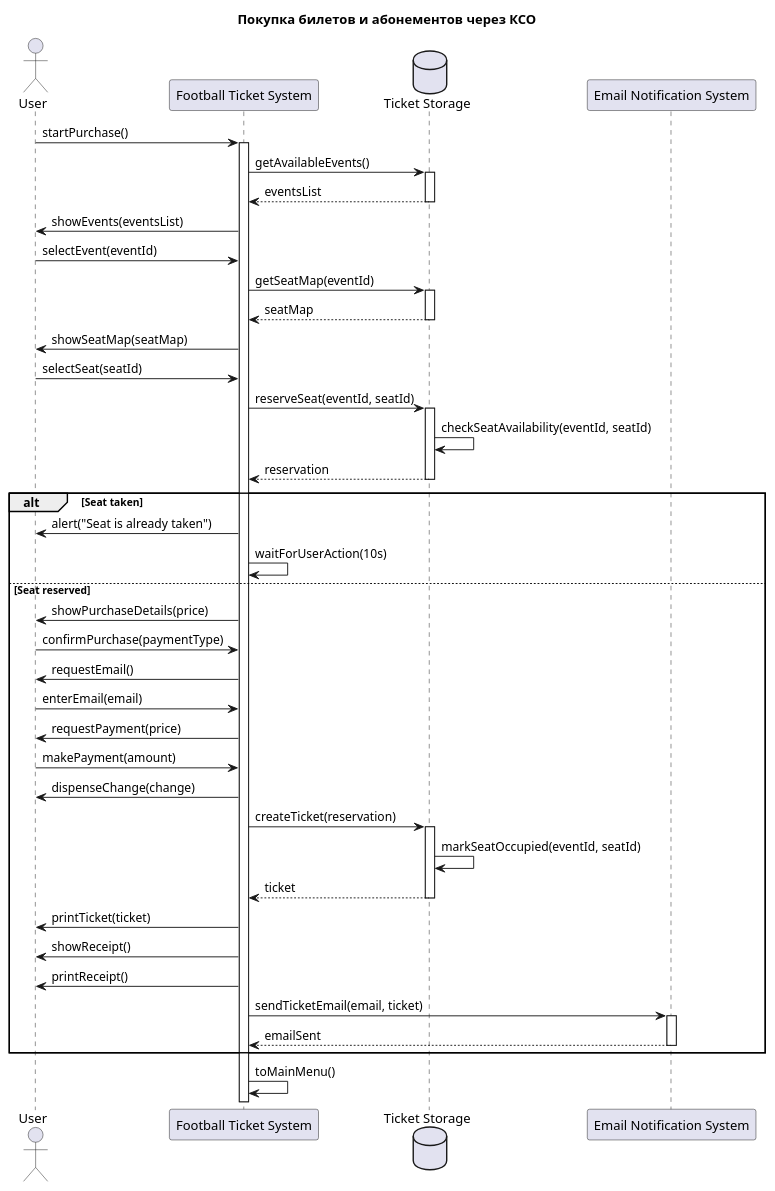
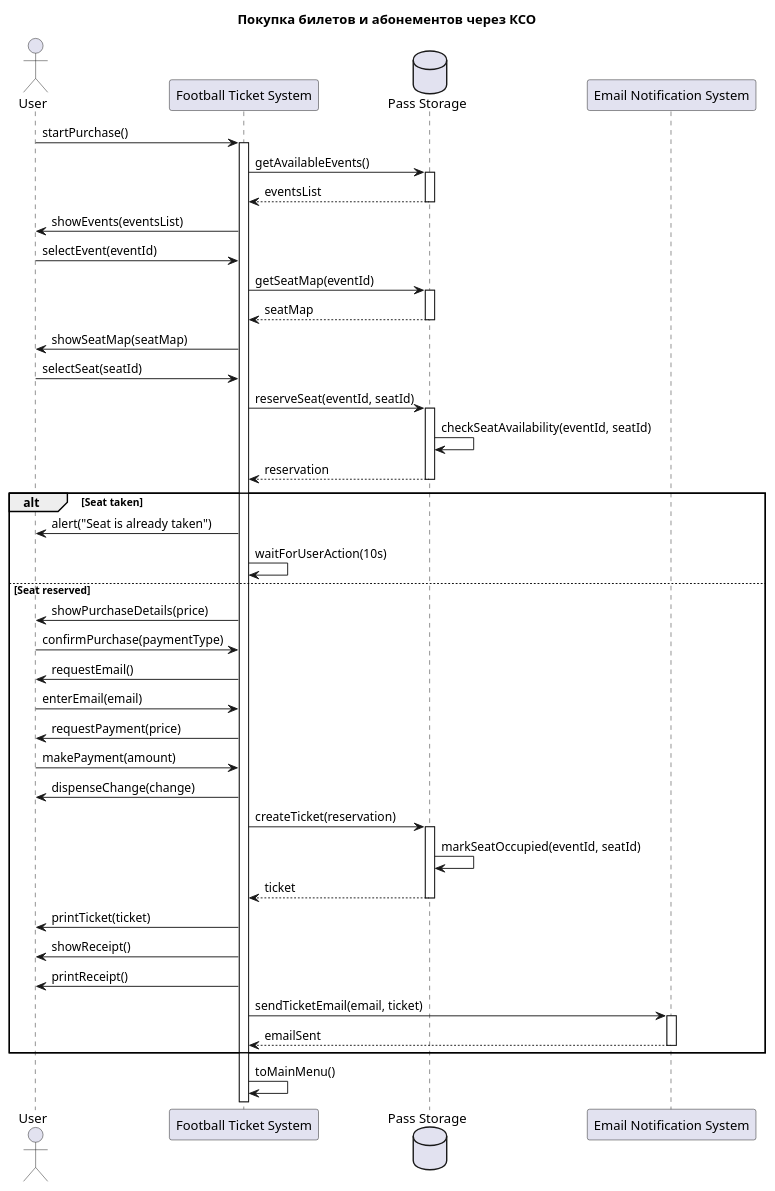
Before and after one commit to penamarth/bsbo-11-24_team5_var10_football: the diagram in Преценденты/Покупка билетов и абонементов/Диаграмма последовательности.md, drawn with PlantUML. The commit also changed other lines of this file and 14 other files, not shown here.

Commit message:
Дочистил чужие прецеденты под конвенцию FTS / Pass Storage: упоминания БД, Ticket Storage, контроллера и класса интерфейса заменены на FTS и хранилище пропусков

````diff
--- a/Преценденты/Покупка билетов и абонементов/Диаграмма последовательности.md
+++ b/Преценденты/Покупка билетов и абонементов/Диаграмма последовательности.md
@@ -3,63 +2,63 @@
 ```plantuml
 @startuml
 title Покупка билетов и абонементов через КСО
 
 actor "User" as User
 participant "Football Ticket System" as FTS
-database "Ticket Storage" as TicketStorage
+database "Pass Storage" as PassStorage
 participant "Email Notification System" as EmailSystem
 
 User -> FTS : startPurchase()
 activate FTS
-FTS -> TicketStorage : getAvailableEvents()
-activate TicketStorage
-TicketStorage --> FTS : eventsList
-deactivate TicketStorage
+FTS -> PassStorage : getAvailableEvents()
+activate PassStorage
+PassStorage --> FTS : eventsList
+deactivate PassStorage
 FTS -> User : showEvents(eventsList)
 
 User -> FTS : selectEvent(eventId)
-FTS -> TicketStorage : getSeatMap(eventId)
-activate TicketStorage
-TicketStorage --> FTS : seatMap
-deactivate TicketStorage
+FTS -> PassStorage : getSeatMap(eventId)
+activate PassStorage
+PassStorage --> FTS : seatMap
+deactivate PassStorage
 FTS -> User : showSeatMap(seatMap)
 
 User -> FTS : selectSeat(seatId)
-FTS -> TicketStorage : reserveSeat(eventId, seatId)
-activate TicketStorage
-TicketStorage -> TicketStorage : checkSeatAvailability(eventId, seatId)
-TicketStorage --> FTS : reservation
-deactivate TicketStorage
+FTS -> PassStorage : reserveSeat(eventId, seatId)
+activate PassStorage
+PassStorage -> PassStorage : checkSeatAvailability(eventId, seatId)
+PassStorage --> FTS : reservation
+deactivate PassStorage
 
 alt Seat taken
     FTS -> User : alert("Seat is already taken")
     FTS -> FTS : waitForUserAction(10s)
 else Seat reserved
     FTS -> User : showPurchaseDetails(price)
     User -> FTS : confirmPurchase(paymentType)
     FTS -> User : requestEmail()
     User -> FTS : enterEmail(email)
     FTS -> User : requestPayment(price)
     User -> FTS : makePayment(amount)
     FTS -> User : dispenseChange(change)
 
-    FTS -> TicketStorage : createTicket(reservation)
-    activate TicketStorage
-    TicketStorage -> TicketStorage : markSeatOccupied(eventId, seatId)
-    TicketStorage --> FTS : ticket
-    deactivate TicketStorage
+    FTS -> PassStorage : createTicket(reservation)
+    activate PassStorage
+    PassStorage -> PassStorage : markSeatOccupied(eventId, seatId)
+    PassStorage --> FTS : ticket
+    deactivate PassStorage
 
     FTS -> User : printTicket(ticket)
     FTS -> User : showReceipt()
     FTS -> User : printReceipt()
 
     FTS -> EmailSystem : sendTicketEmail(email, ticket)
     activate EmailSystem
     EmailSystem --> FTS : emailSent
     deactivate EmailSystem
 end
 
 FTS -> FTS : toMainMenu()
 
 @enduml
 ```
````
